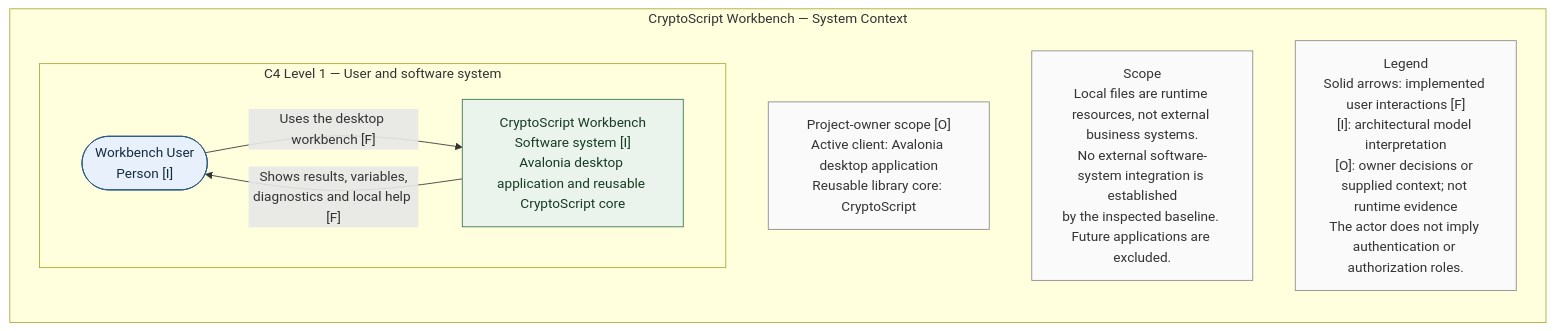
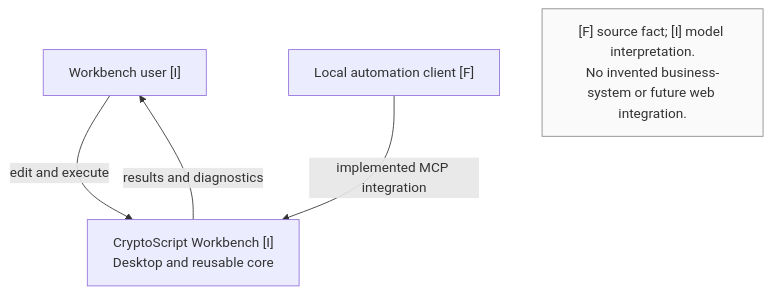
The diagram in docs/architecture/diagrams/02-system-context.mmd (tkbss/CryptoWorkBench), drawn with Mermaid before and after one commit. The commit also changed 57 other files, not shown here.

Commit message:
docs(architecture): reconcile bilingual architecture chapters 1-4

```diff
--- a/docs/architecture/diagrams/02-system-context.mmd
+++ b/docs/architecture/diagrams/02-system-context.mmd
@@ -1,24 +1,12 @@
-%% Diagram: D02-CONTEXT
-%% Implementation baseline: d3099c80af3891ad54444e544f528c9c5ed6b93f
-%% Documentation baseline: 5c4b15d8487348ff904a04e9907caf9e00e868a0
-%% Evidence: ../evidence/02-system-overview-baseline.md, D02-CONTEXT and O05
+%% AR-01; baseline fbbadae2f68b015ccedfea92ce8bba4cd7737ecb; evidence R01-R16
+%% Diagram identity 02-system-context.mmd
 flowchart TB
-    subgraph Diagram["CryptoScript Workbench — System Context"]
-        direction TB
-        subgraph Context["C4 Level 1 — User and software system"]
-            direction LR
-            User(["Workbench User<br/>Person [I]"])
-            System["CryptoScript Workbench<br/>Software system [I]<br/>Avalonia desktop application and reusable CryptoScript core"]
-            User -->|"Uses the desktop workbench [F]"| System
-            System -->|"Shows results, variables,<br/>diagnostics and local help [F]"| User
-        end
-        OwnerContext["Project-owner scope [O]<br/>Active client: Avalonia desktop application<br/>Reusable library core: CryptoScript"]
-        Scope["Scope<br/>Local files are runtime resources, not external business systems.<br/>No external software-system integration is established<br/>by the inspected baseline. Future applications are excluded."]
-        Legend["Legend<br/>Solid arrows: implemented user interactions [F]<br/>[I]: architectural model interpretation<br/>[O]: owner decisions or supplied context; not runtime evidence<br/>The actor does not imply authentication or authorization roles."]
-    end
-    classDef person fill:#e8f1fb,stroke:#285780,color:#162b3d
-    classDef system fill:#eaf4ed,stroke:#357348,color:#173b23
+    User["Workbench user [I]"]
+    System["CryptoScript Workbench [I]<br/>Desktop and reusable core"]
+    Client["Local automation client [F]"]
+    User -->|"edit and execute"| System
+    System -->|"results and diagnostics"| User
+    Client -->|"implemented MCP integration"| System
+    Legend["[F] source fact; [I] model interpretation.<br/>No invented business-system or future web integration."]
     classDef note fill:#fafafa,stroke:#888888,color:#333333
-    class User person
-    class System system
-    class OwnerContext,Scope,Legend note
+    class Legend note
```
